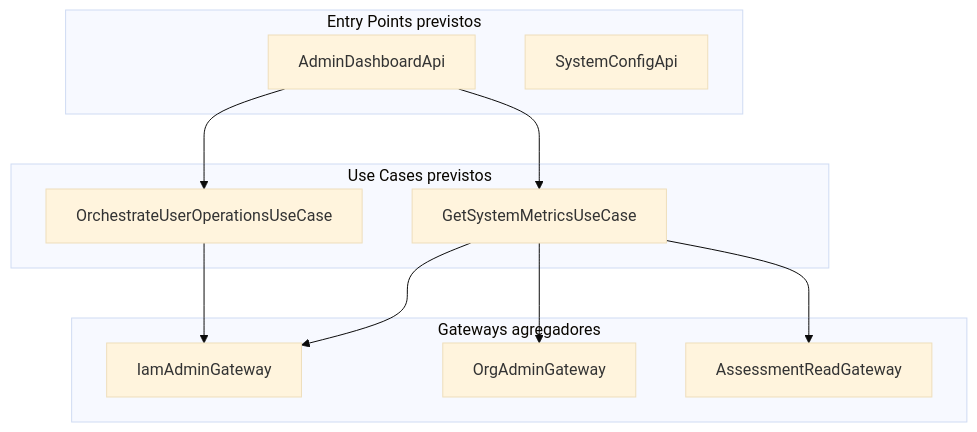
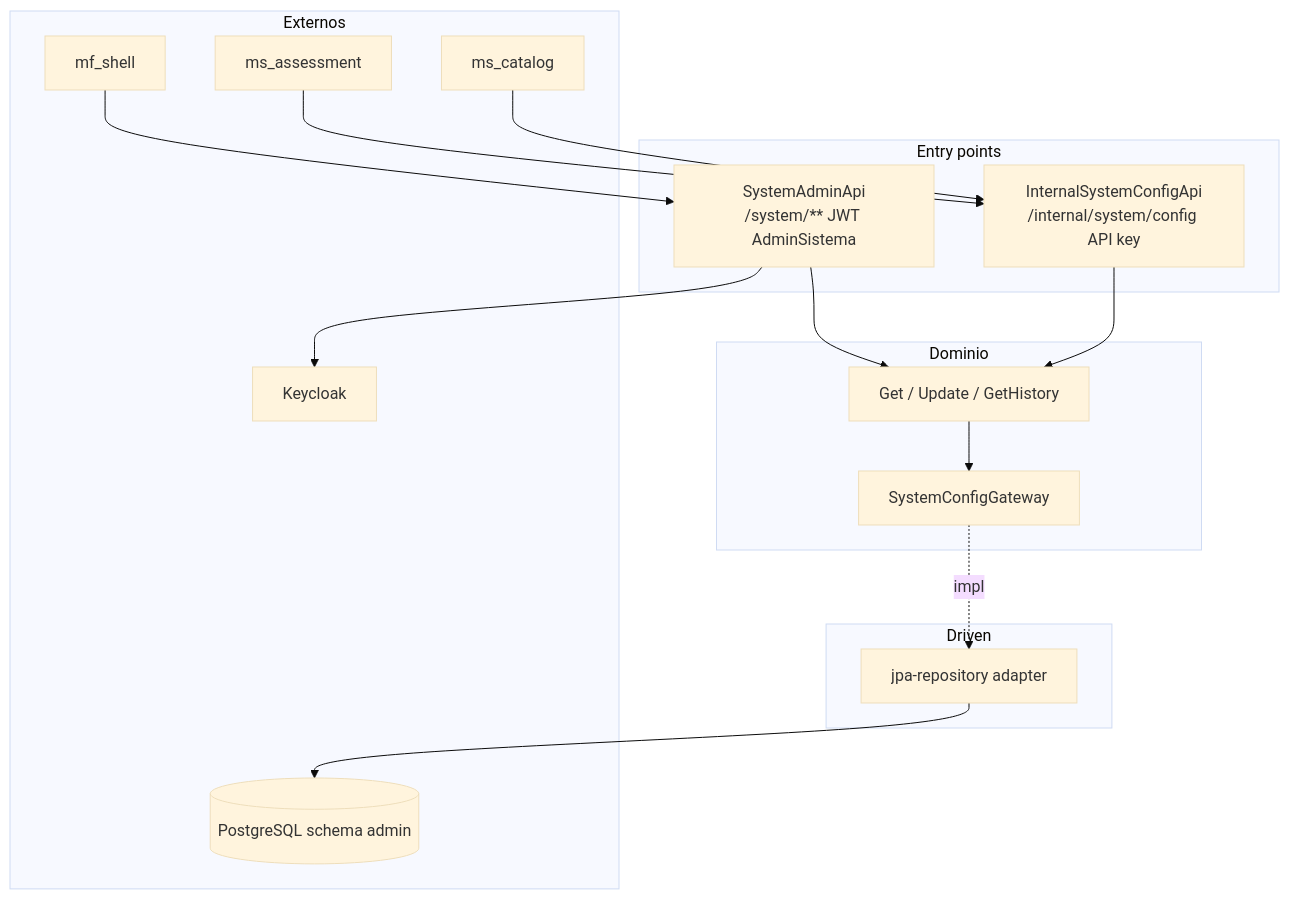
One commit to jdtovar07/MSPI_NVA_CO_DOCS changed the diagram in Documentacion-Backend/ms_admin/03-Diseno.md. Above: the diagram before and after it, drawn with Mermaid (base theme). The commit also changed other lines of this file and 6 other files, not shown here.

````diff
--- a/Documentacion-Backend/ms_admin/03-Diseno.md
+++ b/Documentacion-Backend/ms_admin/03-Diseno.md
@@ -102,22 +16,34 @@
 ```mermaid
 flowchart TB
-  subgraph EP["Entry Points previstos"]
-    AdminApi["AdminDashboardApi"]
-    ConfigApi["SystemConfigApi"]
+  subgraph Entry["Entry points"]
+    SYS["SystemAdminApi\n/system/** JWT AdminSistema"]
+    INT["InternalSystemConfigApi\n/internal/system/config API key"]
   end
 
-  subgraph UC["Use Cases previstos"]
-    DashUC["GetSystemMetricsUseCase"]
-    UserOpsUC["OrchestrateUserOperationsUseCase"]
+  subgraph Domain["Dominio"]
+    UC["Get / Update / GetHistory"]
+    GW["SystemConfigGateway"]
   end
 
-  subgraph Ports["Gateways agregadores"]
-    IamGW["IamAdminGateway"]
-    OrgGW["OrgAdminGateway"]
-    AsmGW["AssessmentReadGateway"]
+  subgraph Driven["Driven"]
+    JPA["jpa-repository adapter"]
   end
 
-  AdminApi --> DashUC & UserOpsUC
-  DashUC --> IamGW & OrgGW & AsmGW
-  UserOpsUC --> IamGW
+  subgraph Ext["Externos"]
+    PG[(PostgreSQL schema admin)]
+    KC[Keycloak]
+    SHELL[mf_shell]
+    ASS[ms_assessment]
+    CAT[ms_catalog]
+  end
+
+  SYS --> UC
+  INT --> UC
+  UC --> GW
+  GW -.impl.-> JPA
+  JPA --> PG
+  SYS --> KC
+  SHELL --> SYS
+  ASS --> INT
+  CAT --> INT
 ```
````
